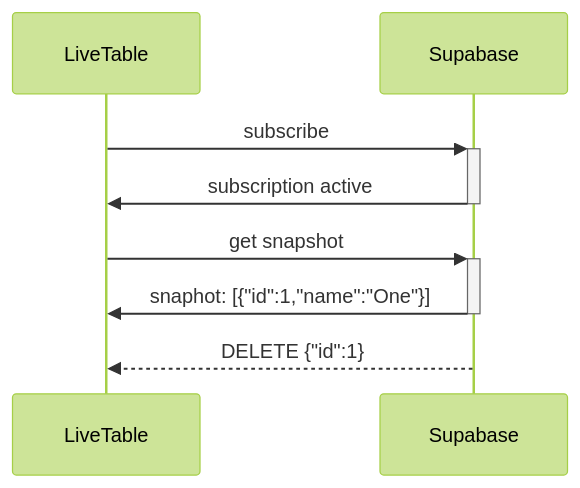
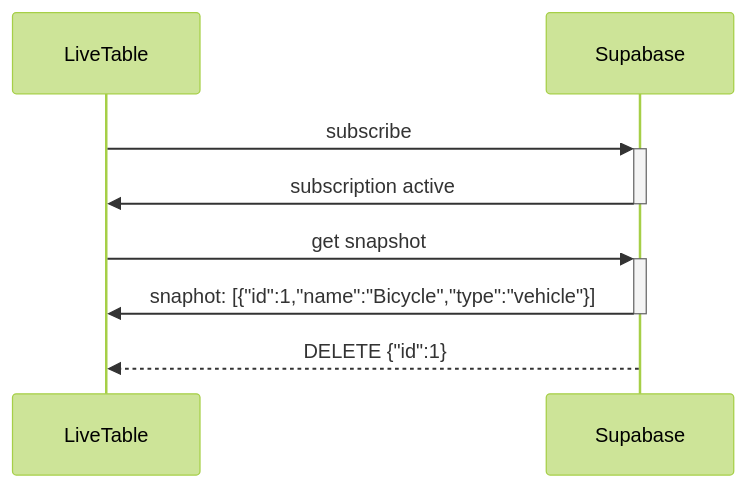
One commit to openartmarket/supabase-live-table changed the diagram in docs/replays-deletes-that-arrived-after-the-snapshot.md. Above: the diagram before and after it, drawn with Mermaid (forest theme). The commit also changed 3 other files, not shown here.

````diff
--- a/docs/replays-deletes-that-arrived-after-the-snapshot.md
+++ b/docs/replays-deletes-that-arrived-after-the-snapshot.md
@@ -2,8 +2,8 @@
 ```mermaid
 sequenceDiagram
   LiveTable->>+Supabase: subscribe
   Supabase->>-LiveTable: subscription active
   LiveTable->>+Supabase: get snapshot
-  Supabase->>-LiveTable: snaphot: [{"id":1,"name":"One"}]
+  Supabase->>-LiveTable: snaphot: [{"id":1,"name":"Bicycle","type":"vehicle"}]
   Supabase-->>LiveTable: DELETE {"id":1}
 ```
````
